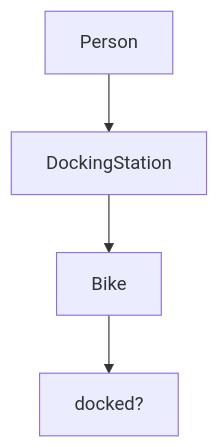
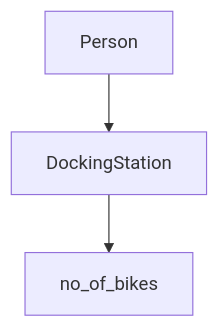
Before and after one commit to jmcnally17/boris_bikes: the second of 2 diagrams in README.md, drawn with Mermaid. The commit also changed other lines of this file and 3 other files, not shown here.

Commit message:
Domain class and diagram corrected for second user story. no_of_bikes method added with instance variables and dock method also made to add the bike to the instance variable

````diff
--- a/README.md
+++ b/README.md
@@ -42,6 +42,5 @@
 ```mermaid
 graph TD;
     Person-->DockingStation;
-    DockingStation -->Bike;
-    Bike -->docked?;
+    DockingStation -->no_of_bikes;
 ```
````
